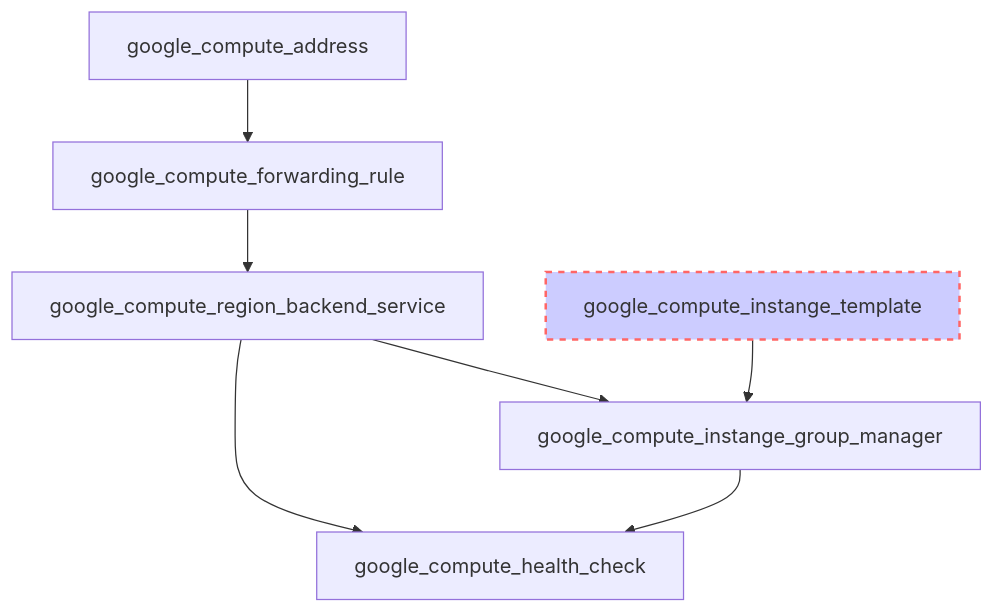
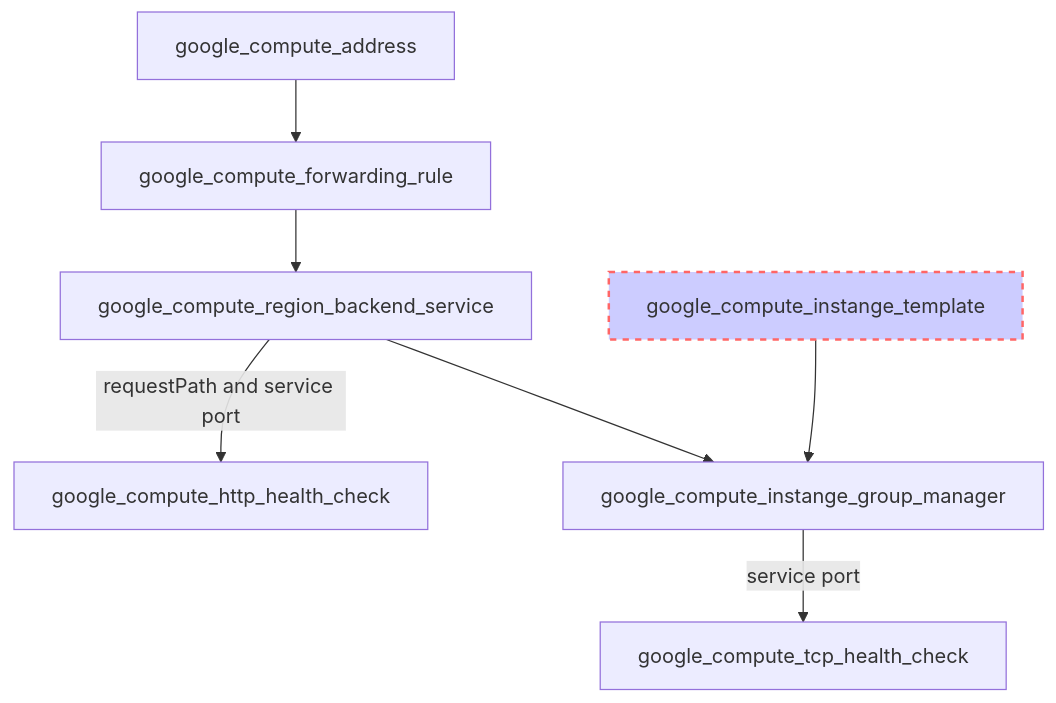
One commit to 3manuek/3manuek.github.io changed the diagram in _drafts/mermaid.markdown. Above: the diagram before and after it, drawn with Mermaid. The commit also changed 10 other files, not shown here.

```diff
--- a/_drafts/mermaid.markdown
+++ b/_drafts/mermaid.markdown
@@ -3,10 +2,11 @@
 {% mermaid %}
 graph TD;
     google_compute_address-->google_compute_forwarding_rule;
     google_compute_forwarding_rule-->google_compute_region_backend_service;
+    google_compute_region_backend_service-- requestPath and service port -->google_compute_http_health_check;
     google_compute_region_backend_service-->google_compute_instange_group_manager;
-    google_compute_region_backend_service-->google_compute_health_check;
-    google_compute_instange_group_manager-->google_compute_health_check;
+    google_compute_instange_group_manager-- service port -->google_compute_tcp_health_check;
     google_compute_instange_template-->google_compute_instange_group_manager;
+
     style google_compute_instange_template fill:#ccf,stroke:#f66,stroke-width:2px,stroke-dasharray: 5, 5
 {% endmermaid %}
```
